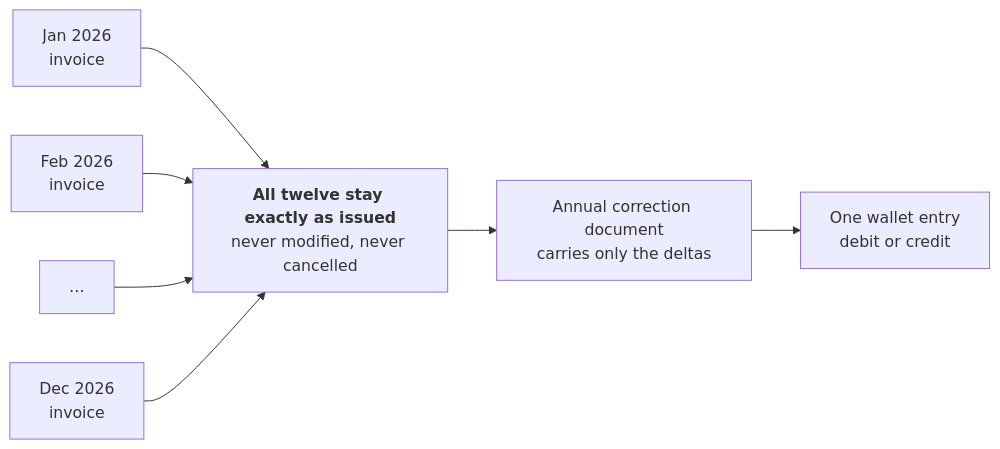
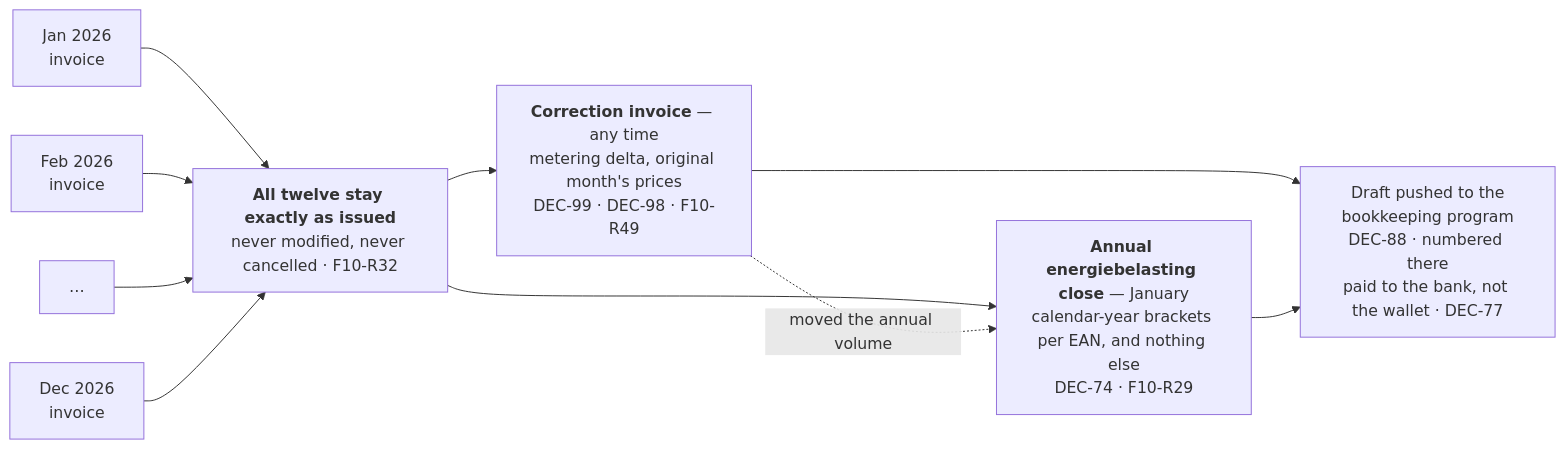
Before and after one commit to lukastosic-ifd/peakpowerspecs: the fourth of 4 diagrams in specs/40-processes/05-annual-true-up.md, drawn with Mermaid. The commit also changed other lines of this file and 66 other files, not shown here.

````diff
--- a/specs/40-processes/05-annual-true-up.md
+++ b/specs/40-processes/05-annual-true-up.md
@@ -170,10 +421,15 @@
 ```mermaid
 flowchart LR
     M1["Jan 2026<br/>invoice"] --> KEEP
     M2["Feb 2026<br/>invoice"] --> KEEP
     MX["…"] --> KEEP
     M12["Dec 2026<br/>invoice"] --> KEEP
-    KEEP["<b>All twelve stay exactly as issued</b><br/>never modified, never cancelled"]
-    KEEP --> TU["Annual correction document<br/>carries only the deltas"]
-    TU --> LEDGER["One wallet entry<br/>debit or credit"]
+    KEEP["<b>All twelve stay exactly as issued</b><br/>never modified, never cancelled · F10-R32"]
+
+    KEEP --> CORR["<b>Correction invoice</b> — any time<br/>metering delta, original month's prices<br/>DEC-99 · DEC-98 · F10-R49"]
+    KEEP --> TU["<b>Annual energiebelasting close</b> — January<br/>calendar-year brackets per EAN, and nothing else<br/>DEC-74 · F10-R29"]
+
+    CORR -.->|"moved the annual volume"| TU
+    CORR --> PUSH["Draft pushed to the<br/>bookkeeping program<br/>DEC-88 · numbered there<br/>paid to the bank, not the wallet · DEC-77"]
+    TU --> PUSH
 ```
````
